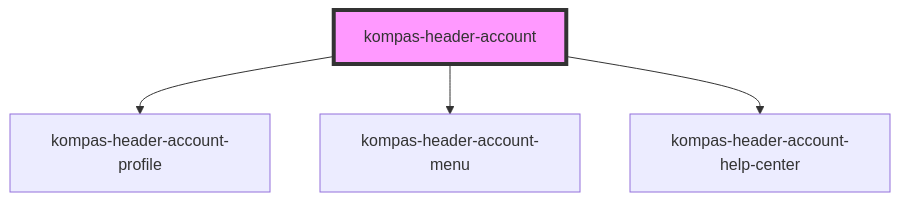
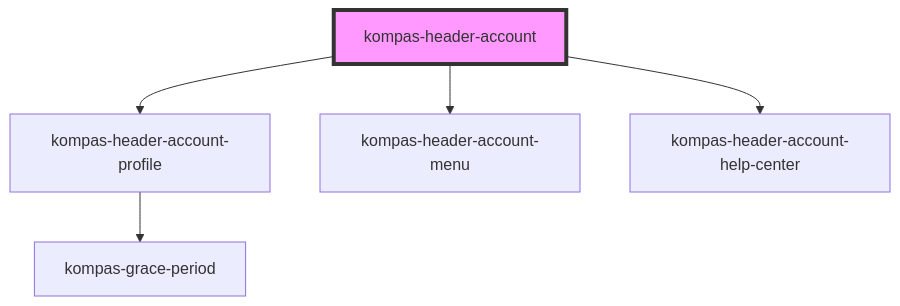
Before and after one commit to pt-kompas-media-nusantara/kompas-web-components: the diagram in src/components/kompas-header-account/readme.md, drawn with Mermaid. The commit also changed 10 other files, not shown here.

````diff
--- a/src/components/kompas-header-account/readme.md
+++ b/src/components/kompas-header-account/readme.md
@@ -208,7 +208,8 @@
 ```mermaid
 graph TD;
   kompas-header-account --> kompas-header-account-profile
   kompas-header-account --> kompas-header-account-menu
   kompas-header-account --> kompas-header-account-help-center
+  kompas-header-account-profile --> kompas-grace-period
   style kompas-header-account fill:#f9f,stroke:#333,stroke-width:4px
 ```
````
